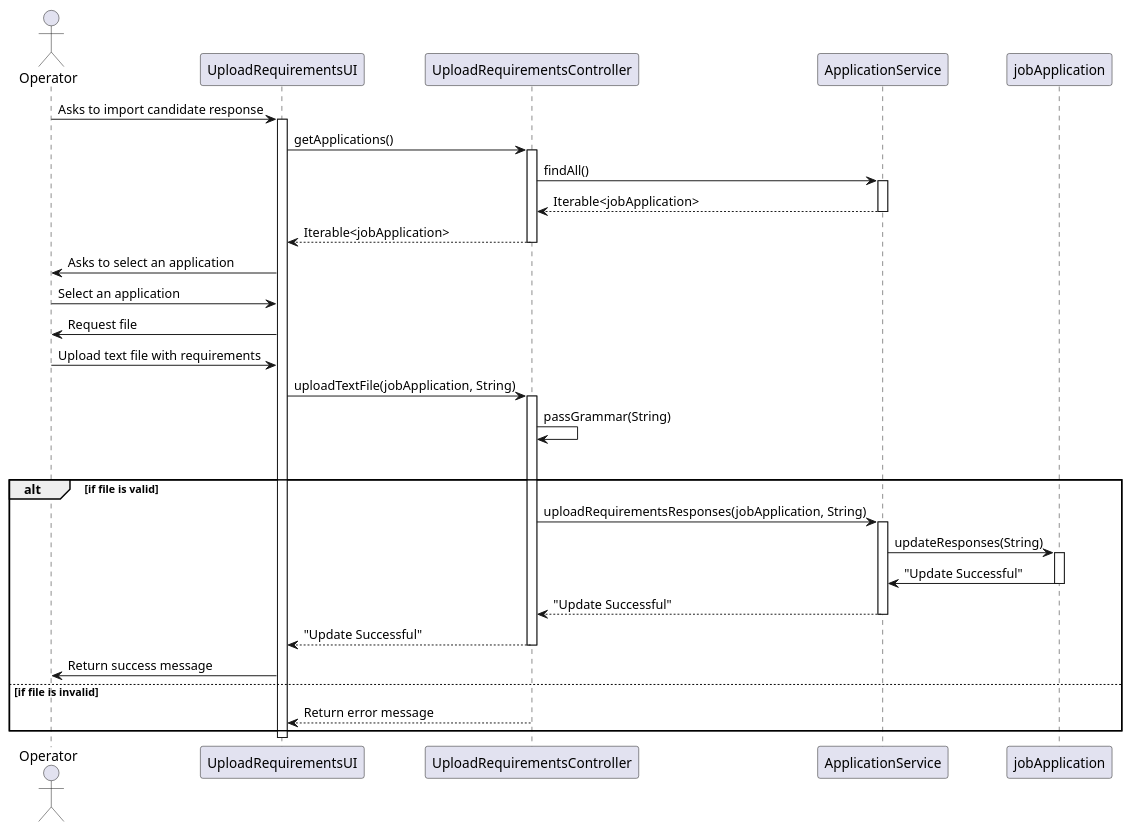
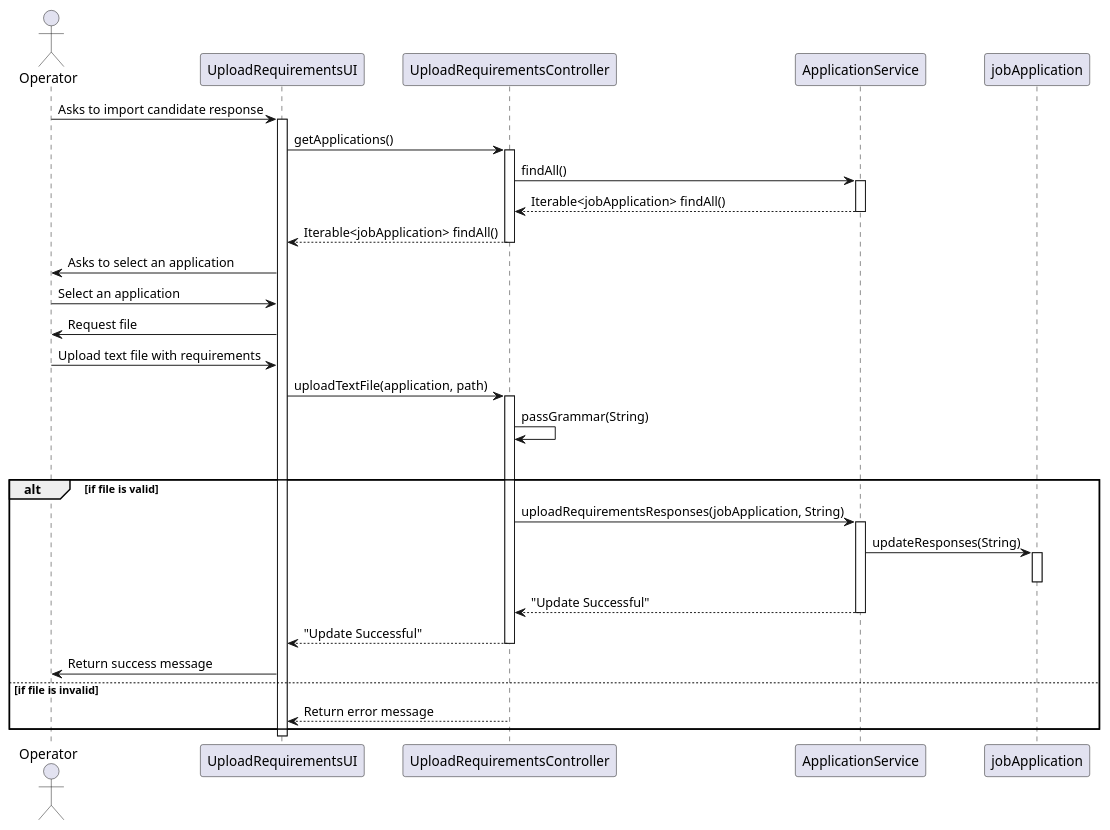
The diagram in docs/sprintC/US2004/03.design/puml/SD.puml (Mendoncaa/LAPR4), drawn with PlantUML before and after one commit. The commit also changed 7 other files, not shown here.

```diff
--- a/docs/sprintC/US2004/03.design/puml/SD.puml
+++ b/docs/sprintC/US2004/03.design/puml/SD.puml
@@ -1,58 +1,58 @@
 @startuml
 
 actor Operator
 participant "UploadRequirementsUI" as UI
 participant "UploadRequirementsController" as Controller
 participant "ApplicationService" as AppService
 participant "jobApplication" as Application
 
 Operator -> UI : Asks to import candidate response
 activate UI
 
 UI -> Controller : getApplications()
 activate Controller
 
 Controller -> AppService : findAll()
 activate AppService
 
-AppService --> Controller : Iterable<jobApplication>
+AppService --> Controller : Iterable<jobApplication> findAll()
 deactivate AppService
 
-Controller --> UI : Iterable<jobApplication>
+Controller --> UI : Iterable<jobApplication> findAll()
 deactivate Controller
 
 UI -> Operator : Asks to select an application
 Operator -> UI : Select an application
 
 UI -> Operator : Request file
 Operator -> UI : Upload text file with requirements
 
-UI -> Controller : uploadTextFile(jobApplication, String)
+UI -> Controller : uploadTextFile(application, path)
 activate Controller
 
 Controller -> Controller: passGrammar(String)
 
 alt File Verification
     alt if file is valid
         Controller -> AppService : uploadRequirementsResponses(jobApplication, String)
         activate AppService
         AppService -> Application : updateResponses(String)
         activate Application
 
-        Application -> AppService : "Update Successful"
+
         deactivate Application
 
         AppService --> Controller : "Update Successful"
         deactivate AppService
 
         Controller --> UI : "Update Successful"
         deactivate Controller
 
         UI -> Operator : Return success message
     else if file is invalid
         Controller --> UI: Return error message
         deactivate Controller
 end
 deactivate UI
 
 @enduml
```
